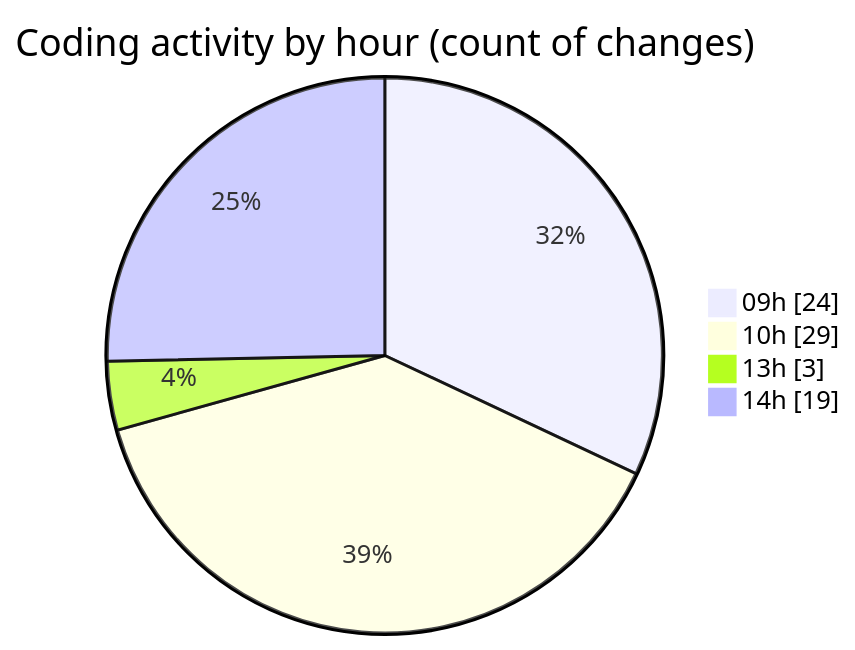
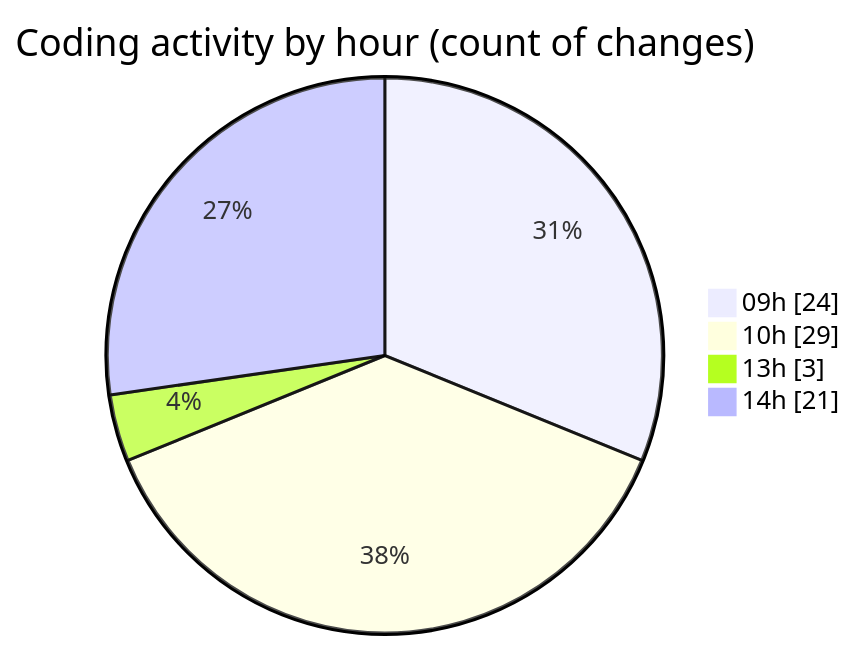
One commit to MatusMokan/code-tracking changed the second of 2 diagrams in 2025-05-08/myws__workspace_/README.md. Above: the diagram before and after it, drawn with Mermaid. The commit also changed other lines of this file and 1 other file, not shown here.

````diff
--- a/2025-05-08/myws__workspace_/README.md
+++ b/2025-05-08/myws__workspace_/README.md
@@ -31,8 +31,8 @@
 ```mermaid
 pie showData
 title Coding activity by hour (count of changes)
 "09h" : 24
 "10h" : 29
 "13h" : 3
-"14h" : 19
+"14h" : 21
 ```
````
